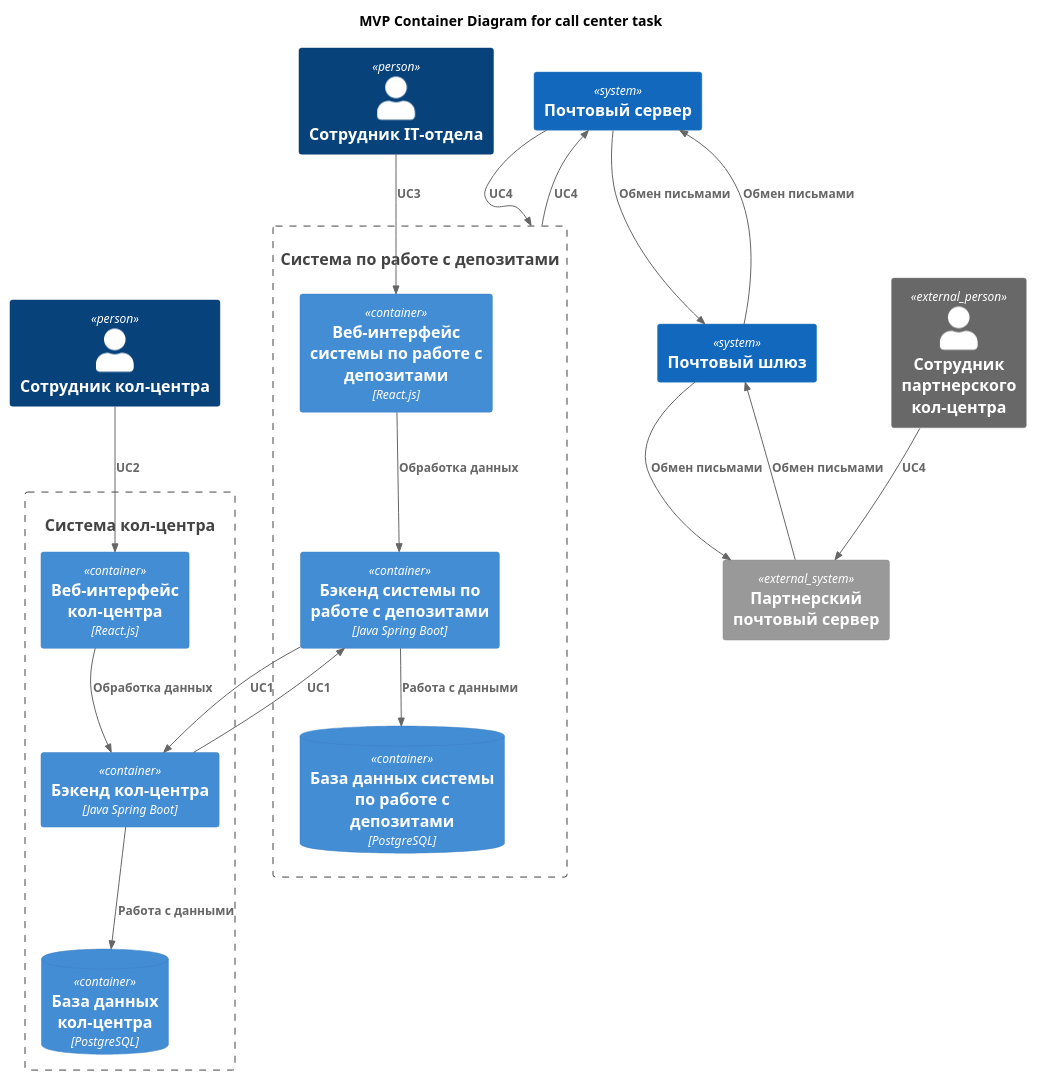
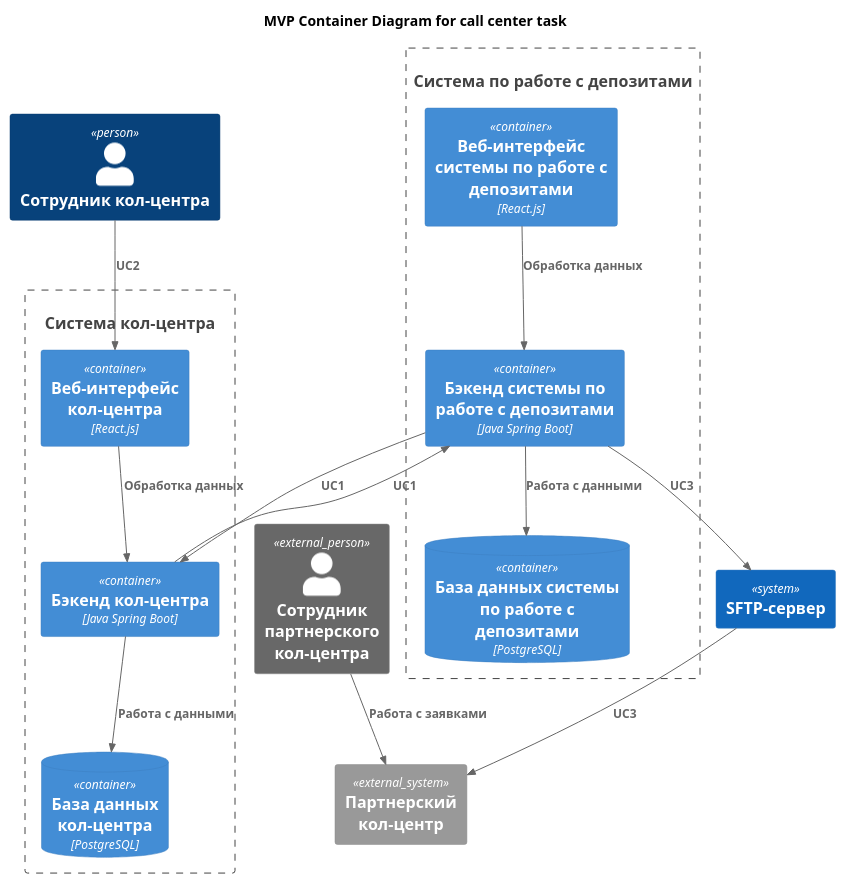
One commit to Dryannykh/architecture-standart changed the diagram in Task4/C4_context.puml. Above: the diagram before and after it, drawn with PlantUML. The commit also changed 9 other files, not shown here.

```diff
--- a/Task4/C4_context.puml
+++ b/Task4/C4_context.puml
@@ -1,46 +1,39 @@
 @startuml
 title MVP Container Diagram for call center task
 
 top to bottom direction
 
 !includeurl https://raw.githubusercontent.com/RicardoNiepel/C4-PlantUML/master/C4_Component.puml
 
 Person(call_center_employee, "Сотрудник кол-центра")
-Person(it_employee, "Сотрудник IT-отдела")
 Person_Ext(partner_call_center_employee, "Сотрудник партнерского кол-центра")
 System(deposit_system, "Система по работе с депозитами")
 System(call_center_system, "Система кол-центра")
-System(mail_server, "Почтовый сервер")
-System(mail_gateway, "Почтовый шлюз")
-System_Ext(partner_mail_server, "Партнерский почтовый сервер")
+System(sftp_server, "SFTP-сервер")
+System_Ext(partner_call_center, "Партнерский кол-центр")
 
 Container_Boundary(call_center_system, "Система кол-центра") {
   Container(call_center_system_front, "Веб-интерфейс кол-центра", "React.js")
   Container(call_center_system_back, "Бэкенд кол-центра", "Java Spring Boot")
   ContainerDb(call_center_system_db, "База данных кол-центра", "PostgreSQL")
 }
 Container_Boundary(deposit_system, "Система по работе с депозитами") {
   Container(deposit_system_front, "Веб-интерфейс системы по работе с депозитами", "React.js")
   Container(deposit_system_back, "Бэкенд системы по работе с депозитами", "Java Spring Boot")
   ContainerDb(deposit_system_db, "База данных системы по работе с депозитами", "PostgreSQL")
 }
 
 
 Rel(call_center_employee, call_center_system_front, "UC2")
 Rel(call_center_system_front, call_center_system_back, "Обработка данных")
 Rel(call_center_system_back, call_center_system_db, "Работа с данными")
 Rel(call_center_system_back, deposit_system_back, "UC1")
 Rel(deposit_system_back, call_center_system_back, "UC1")
-Rel(it_employee, deposit_system_front, "UC3")
 Rel(deposit_system_front, deposit_system_back, "Обработка данных")
 Rel(deposit_system_back, deposit_system_db, "Работа с данными")
-Rel(mail_server, mail_gateway, "Обмен письмами")
-Rel(mail_gateway, partner_mail_server, "Обмен письмами")
-Rel(partner_mail_server, mail_gateway, "Обмен письмами")
-Rel(mail_gateway, mail_server, "Обмен письмами")
-Rel(partner_call_center_employee, partner_mail_server, "UC4")
-Rel(mail_server, deposit_system, "UC4")
-Rel(deposit_system, mail_server, "UC4")
+Rel(deposit_system_back, sftp_server, "UC3")
+Rel(sftp_server, partner_call_center, "UC3")
+Rel(partner_call_center_employee, partner_call_center, "Работа с заявками")
 
 
 @enduml
```
